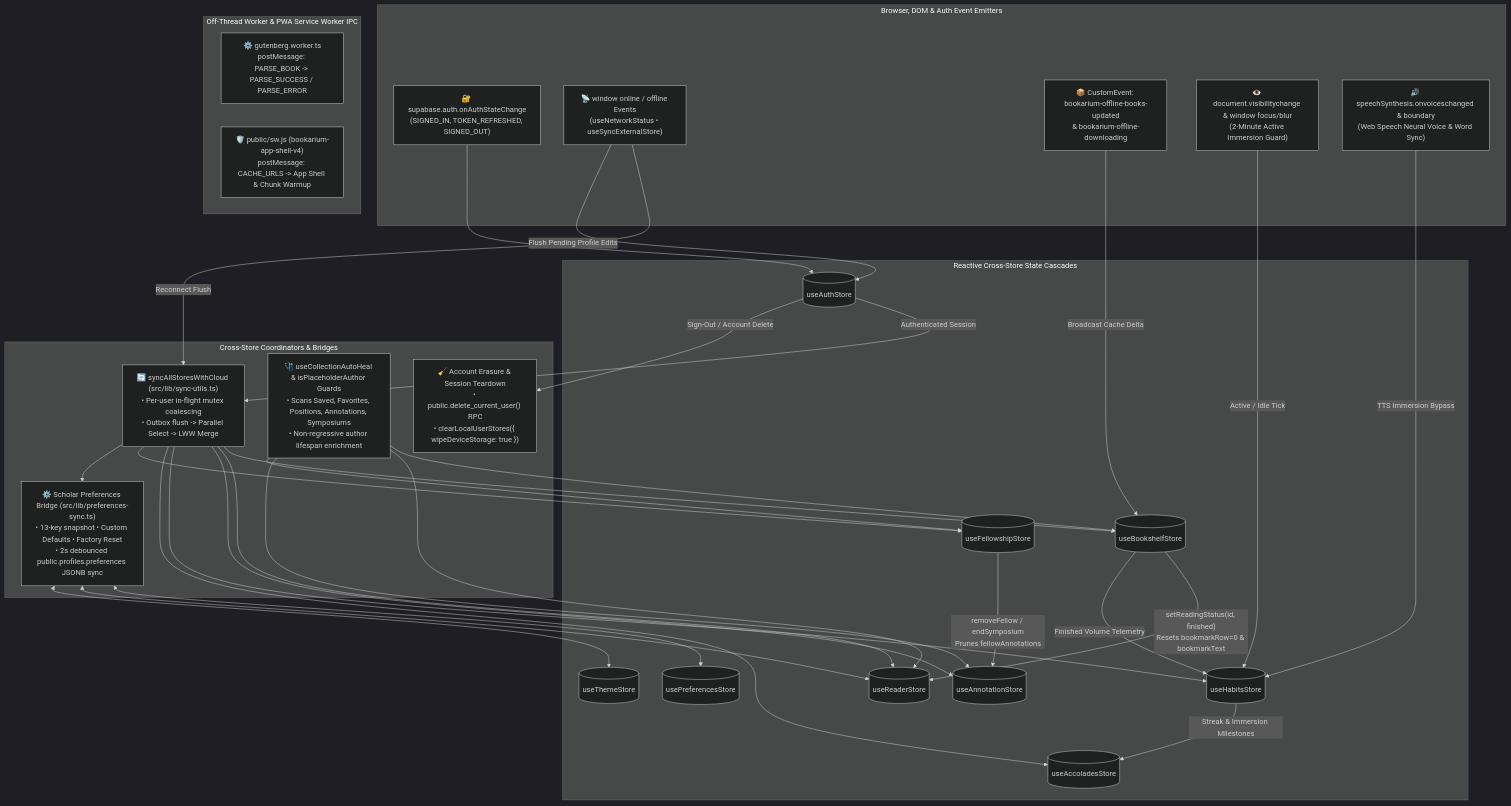
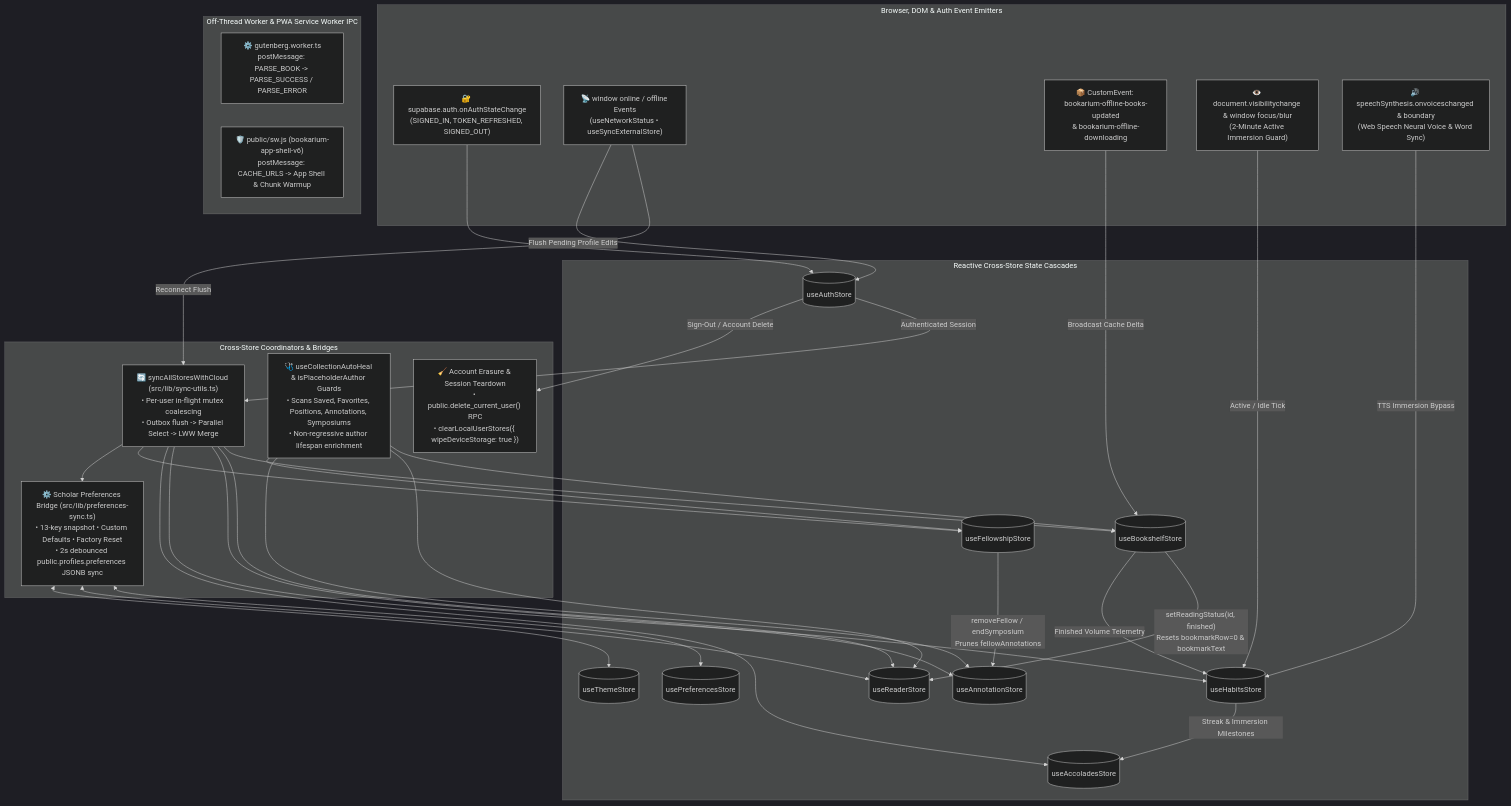
One commit to calin-m/Bookarium changed the fourth of 12 diagrams in docs/ARCHITECTURE.md. Above: the diagram before and after it, drawn with Mermaid (dark theme). The commit also changed other lines of this file and 65 other files, not shown here.

````diff
--- a/docs/ARCHITECTURE.md
+++ b/docs/ARCHITECTURE.md
@@ -539,61 +540,61 @@
 ```mermaid
 flowchart TD
     subgraph BrowserEvents ["Browser, DOM & Auth Event Emitters"]
         EvtAuth["🔐 supabase.auth.onAuthStateChange\n(SIGNED_IN, TOKEN_REFRESHED, SIGNED_OUT)"]
         EvtOnline["📡 window online / offline Events\n(useNetworkStatus • useSyncExternalStore)"]
         EvtIDB["📦 CustomEvent: bookarium-offline-books-updated\n& bookarium-offline-downloading"]
         EvtVis["👁️ document.visibilitychange & window focus/blur\n(2-Minute Active Immersion Guard)"]
         EvtSpeech["🔊 speechSynthesis.onvoiceschanged & boundary\n(Web Speech Neural Voice & Word Sync)"]
     end
 
     subgraph Coordinators ["Cross-Store Coordinators & Bridges"]
         SyncCoord["🔄 syncAllStoresWithCloud (src/lib/sync-utils.ts)\n• Per-user in-flight mutex coalescing\n• Outbox flush -> Parallel Select -> LWW Merge"]
         PrefsBridge["⚙️ Scholar Preferences Bridge (src/lib/preferences-sync.ts)\n• 13-key snapshot • Custom Defaults • Factory Reset\n• 2s debounced public.profiles.preferences JSONB sync"]
         AutoHeal["🩺 useCollectionAutoHeal & isPlaceholderAuthor Guards\n• Scans Saved, Favorites, Positions, Annotations, Symposiums\n• Non-regressive author lifespan enrichment"]
         Teardown["🧹 Account Erasure & Session Teardown\n• public.delete_current_user() RPC\n• clearLocalUserStores({ wipeDeviceStorage: true })"]
     end
 
     subgraph StoreCascades ["Reactive Cross-Store State Cascades"]
         SAuth[("useAuthStore")]
         SShelf[("useBookshelfStore")]
         SReader[("useReaderStore")]
         SHabits[("useHabitsStore")]
         SAccolades[("useAccoladesStore")]
         SFellow[("useFellowshipStore")]
         SAnnot[("useAnnotationStore")]
         SPrefs[("usePreferencesStore")]
         STheme[("useThemeStore")]
     end
 
     subgraph WorkerIPC ["Off-Thread Worker & PWA Service Worker IPC"]
         ParserWorker["⚙️ gutenberg.worker.ts\npostMessage: PARSE_BOOK -> PARSE_SUCCESS / PARSE_ERROR"]
-        SWChannel["🛡️ public/sw.js (bookarium-app-shell-v4)\npostMessage: CACHE_URLS -> App Shell & Chunk Warmup"]
+        SWChannel["🛡️ public/sw.js (bookarium-app-shell-v6)\npostMessage: CACHE_URLS -> App Shell & Chunk Warmup"]
     end
 
     EvtAuth --> SAuth
     SAuth -->|"Authenticated Session"| SyncCoord
     SAuth -->|"Sign-Out / Account Delete"| Teardown
     EvtOnline -->|"Reconnect Flush"| SyncCoord
     EvtOnline -->|"Flush Pending Profile Edits"| SAuth
     SyncCoord --> SShelf
     SyncCoord --> SReader
     SyncCoord --> SAnnot
     SyncCoord --> SHabits
     SyncCoord --> SAccolades
     SyncCoord --> SFellow
     SyncCoord --> PrefsBridge
     PrefsBridge <--> SPrefs
     PrefsBridge <--> SReader
     PrefsBridge <--> STheme
     SShelf -->|"setReadingStatus(id, finished)\nResets bookmarkRow=0 & bookmarkText"| SReader
     SShelf -->|"Finished Volume Telemetry"| SHabits
     SHabits -->|"Streak & Immersion Milestones"| SAccolades
     SFellow -->|"removeFellow / endSymposium\nPrunes fellowAnnotations"| SAnnot
     EvtIDB -->|"Broadcast Cache Delta"| SShelf
     EvtVis -->|"Active / Idle Tick"| SHabits
     EvtSpeech -->|"TTS Immersion Bypass"| SHabits
     AutoHeal --> SShelf
     AutoHeal --> SReader
     AutoHeal --> SAnnot
     AutoHeal --> SFellow
 ```
````
